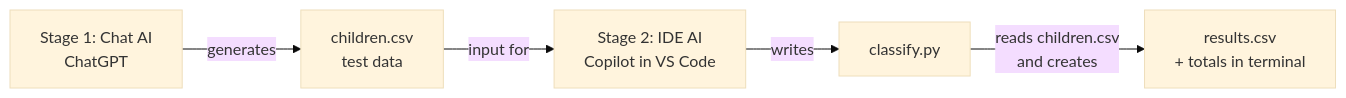
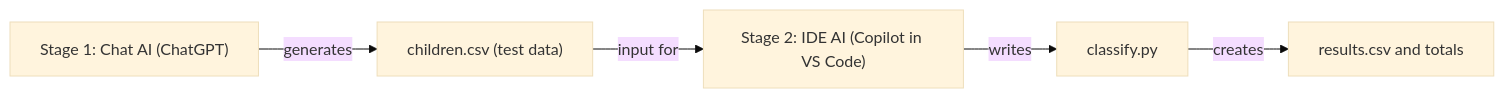
The diagram in README.MD (mutochris04-ctrl/multi-stage-ai-workflow), drawn with Mermaid (base theme) before and after one commit.

Commit message:
Fix workflow diagram so it renders on GitHub

````diff
--- a/README.MD
+++ b/README.MD
@@ -16,7 +16,7 @@
 ```mermaid
 flowchart LR
-    A[Stage 1: Chat AI<br>ChatGPT] -->|generates| B[children.csv<br>test data]
-    B -->|input for| C[Stage 2: IDE AI<br>Copilot in VS Code]
-    C -->|writes| D[classify.py]
-    D -->|reads children.csv<br>and creates| E[results.csv<br>+ totals in terminal]
+    A["Stage 1: Chat AI (ChatGPT)"] -->|generates| B["children.csv (test data)"]
+    B -->|input for| C["Stage 2: IDE AI (Copilot in VS Code)"]
+    C -->|writes| D["classify.py"]
+    D -->|creates| E["results.csv and totals"]
 ```
````
